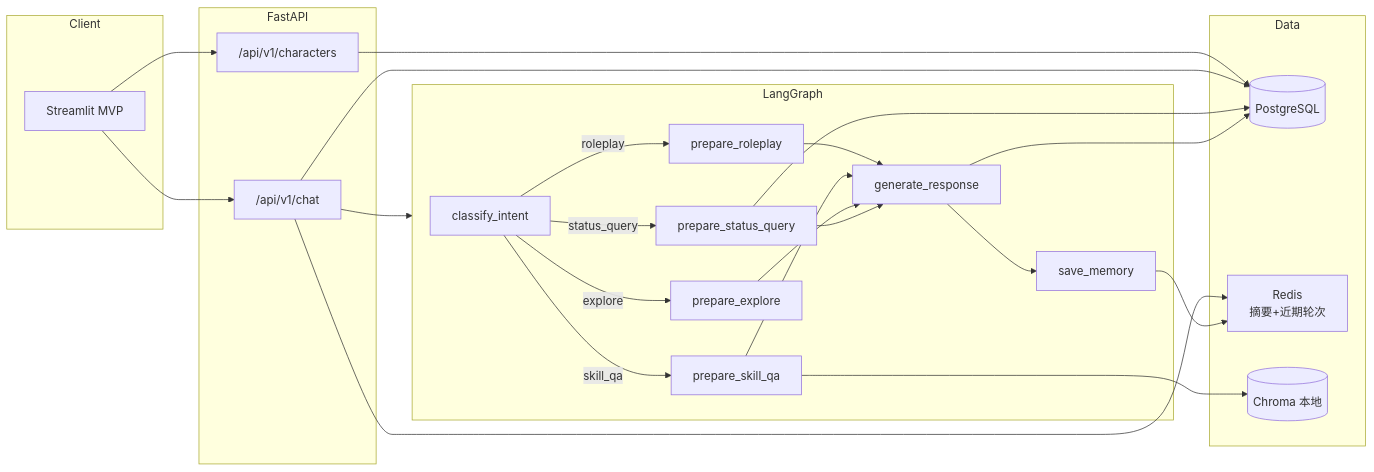
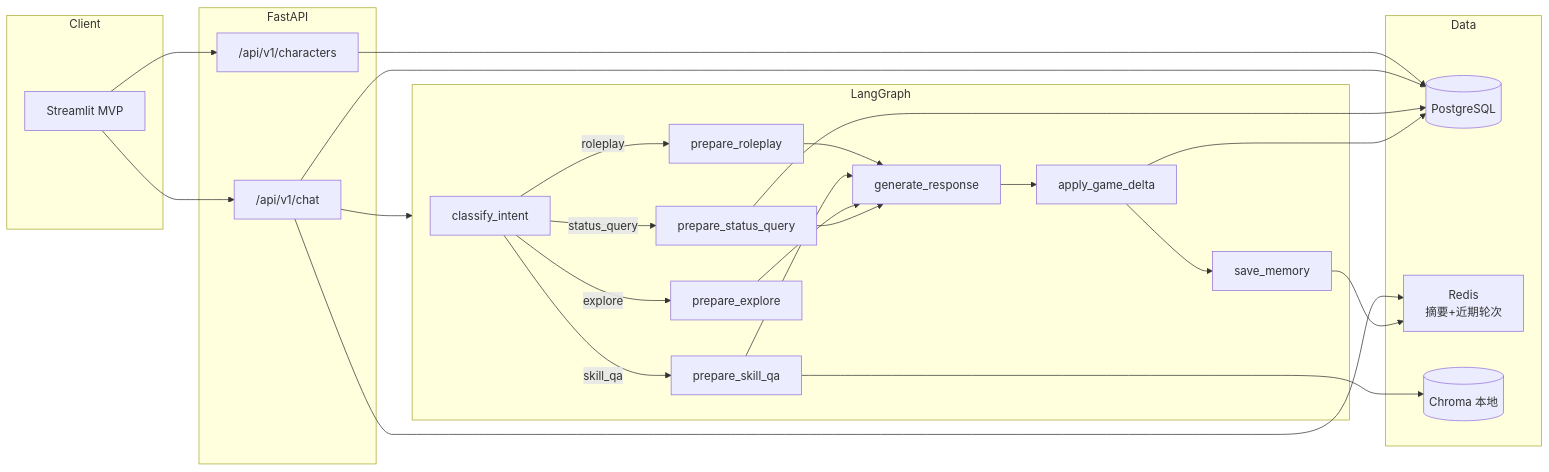
The diagram in README.md (xmaaaa/xianxia-agent), drawn with Mermaid before and after one commit. The commit also changed other lines of this file and 16 other files, not shown here.

````diff
--- a/README.md
+++ b/README.md
@@ -9,43 +9,45 @@
 ```mermaid
 flowchart LR
   subgraph client [Client]
     ST[Streamlit MVP]
   end
   subgraph api [FastAPI]
     CR["/api/v1/characters"]
     CH["/api/v1/chat"]
   end
   subgraph agent [LangGraph]
     CLS[classify_intent]
     PR[prepare_roleplay]
     PS[prepare_skill_qa]
     PE[prepare_explore]
     PQ[prepare_status_query]
     G[generate_response]
+    AGD[apply_game_delta]
     S[save_memory]
     CLS -->|roleplay| PR
     CLS -->|skill_qa| PS
     CLS -->|explore| PE
     CLS -->|status_query| PQ
     PR --> G
     PS --> G
     PE --> G
     PQ --> G
-    G --> S
+    G --> AGD
+    AGD --> S
   end
   subgraph data [Data]
     PG[(PostgreSQL)]
     RD["Redis<br/>摘要+近期轮次"]
     CHM[(Chroma 本地)]
   end
   ST --> CR
   ST --> CH
   CH --> agent
   CR --> PG
   CH --> RD
   CH --> PG
   PS --> CHM
   PQ --> PG
-  G --> PG
+  AGD --> PG
   S --> RD
 ```
````
